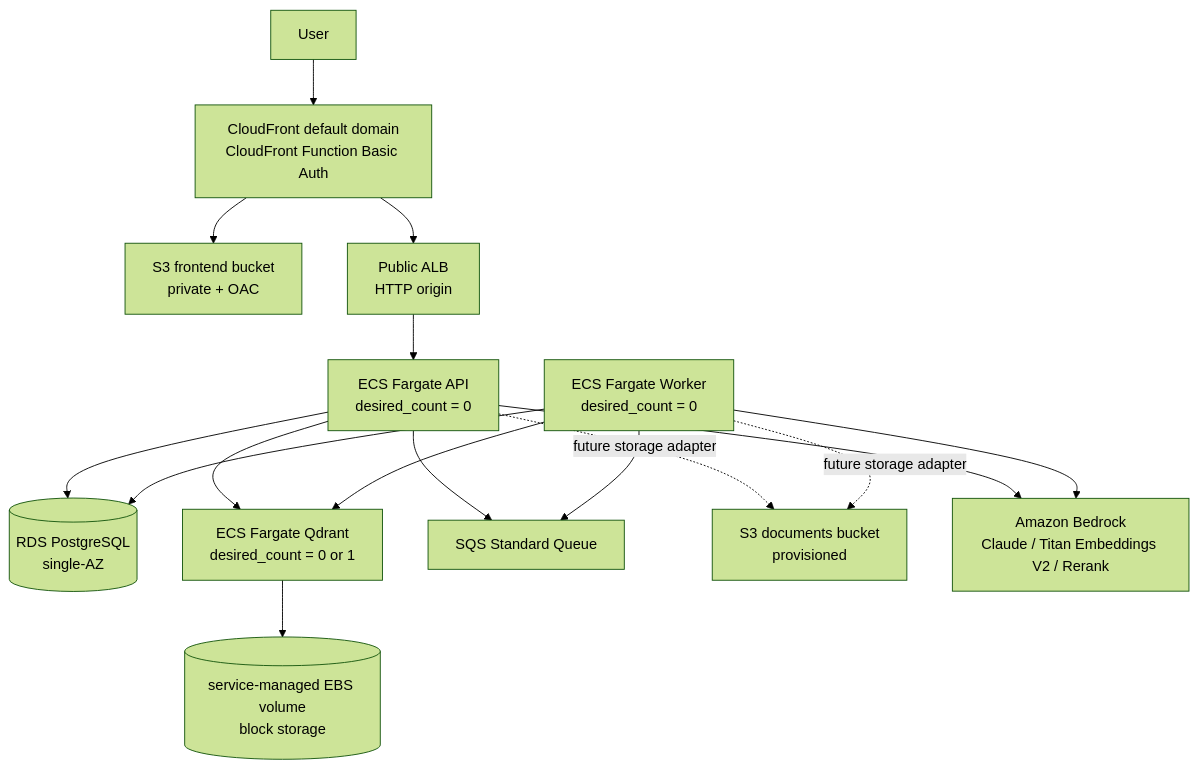
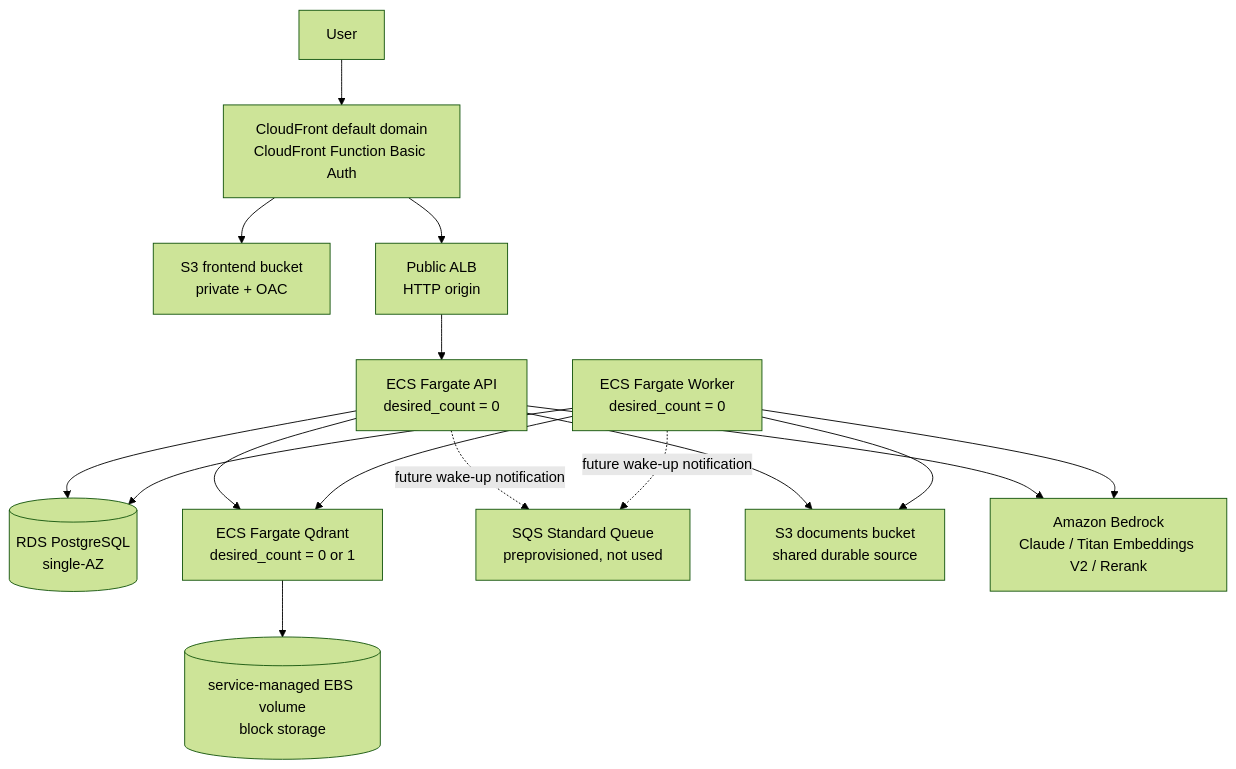
One commit to M4kuq/RAGProject changed the diagram in deploy/aws-ecs/README.md. Above: the diagram before and after it, drawn with Mermaid (forest theme). The commit also changed other lines of this file and 3 other files, not shown here.

````diff
--- a/deploy/aws-ecs/README.md
+++ b/deploy/aws-ecs/README.md
@@ -7,18 +7,18 @@
 ```mermaid
 flowchart TD
   User[User] --> CF[CloudFront default domain<br/>CloudFront Function Basic Auth]
   CF --> S3Front[S3 frontend bucket<br/>private + OAC]
   CF --> ALB[Public ALB<br/>HTTP origin]
   ALB --> API[ECS Fargate API<br/>desired_count = 0]
   API --> RDS[(RDS PostgreSQL<br/>single-AZ)]
   API --> Qdrant[ECS Fargate Qdrant<br/>desired_count = 0 or 1]
   Worker[ECS Fargate Worker<br/>desired_count = 0] --> RDS
   Worker --> Qdrant
-  API --> SQS[SQS Standard Queue]
-  Worker --> SQS
-  API -. future storage adapter .-> Docs[S3 documents bucket<br/>provisioned]
-  Worker -. future storage adapter .-> Docs
+  API -. future wake-up notification .-> SQS[SQS Standard Queue<br/>preprovisioned, not used]
+  Worker -. future wake-up notification .-> SQS
+  API --> Docs[S3 documents bucket<br/>shared durable source]
+  Worker --> Docs
   Qdrant --> EBS[(service-managed EBS volume<br/>block storage)]
   API --> Bedrock[Amazon Bedrock<br/>Claude / Titan Embeddings V2 / Rerank]
   Worker --> Bedrock
 ```
````
